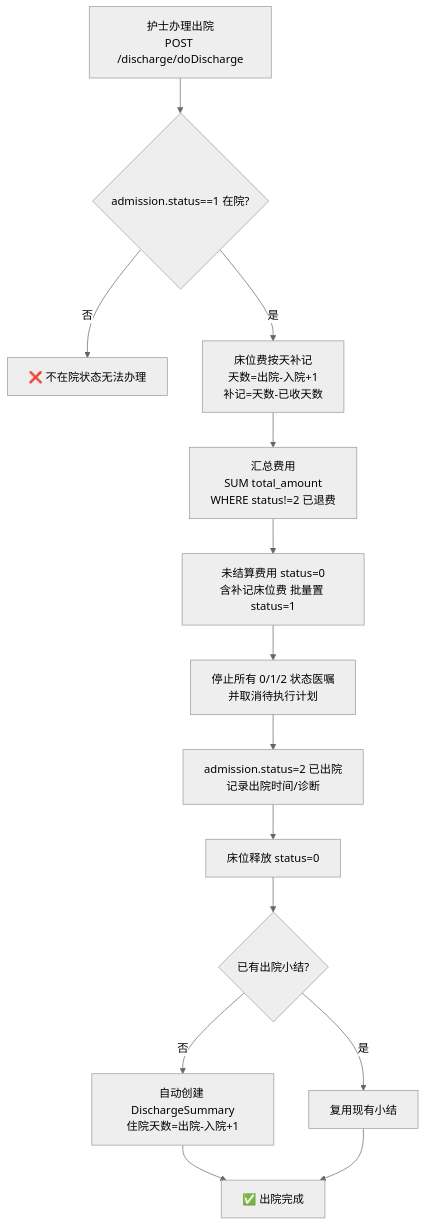
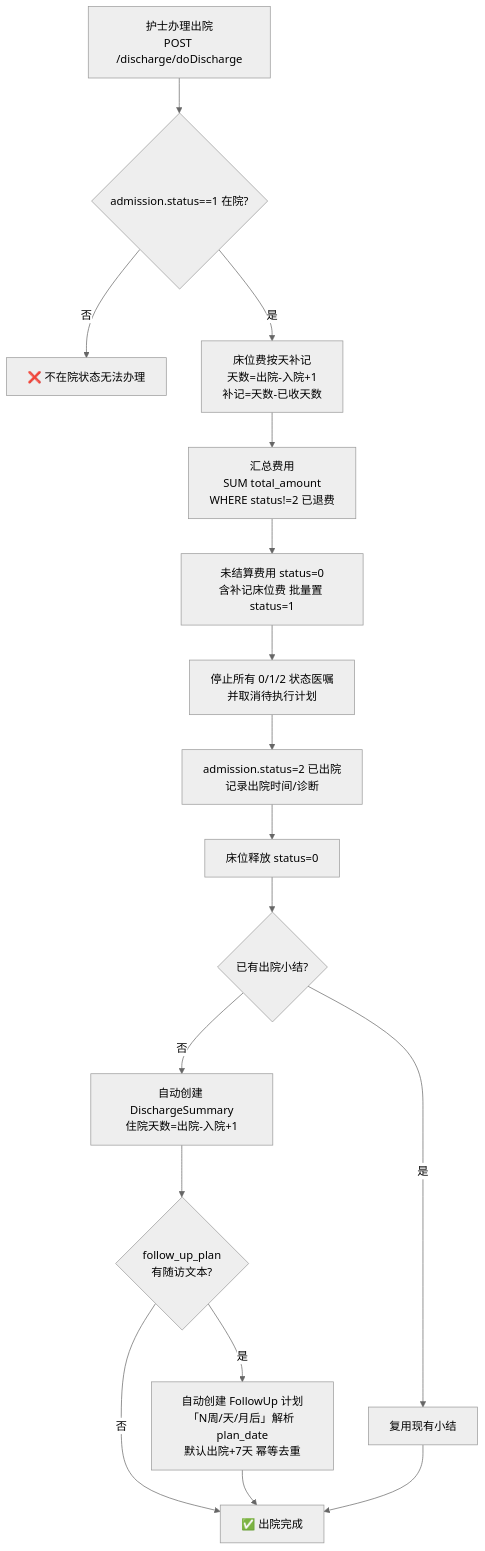
The fourth of 7 diagrams in doc/flowcharts/03-住院手术.md (Palpitate-xus/hoimsystem), drawn with Mermaid (neutral theme) before and after one commit. The commit also changed other lines of this file and 9 other files, not shown here.

````diff
--- a/doc/flowcharts/03-住院手术.md
+++ b/doc/flowcharts/03-住院手术.md
@@ -73,16 +73,19 @@
 ```mermaid
 flowchart TD
     A[护士办理出院<br/>POST /discharge/doDischarge] --> B{admission.status==1 在院?}
     B -- 否 --> C[❌ 不在院状态无法办理]
     B -- 是 --> B2[床位费按天补记<br/>天数=出院-入院+1<br/>补记=天数-已收天数]
     B2 --> D[汇总费用<br/>SUM total_amount<br/>WHERE status!=2 已退费]
     D --> E[未结算费用 status=0<br/>含补记床位费 批量置 status=1]
     E --> F[停止所有 0/1/2 状态医嘱<br/>并取消待执行计划]
     F --> G[admission.status=2 已出院<br/>记录出院时间/诊断]
     G --> H[床位释放 status=0]
     H --> I{已有出院小结?}
     I -- 否 --> J[自动创建 DischargeSummary<br/>住院天数=出院-入院+1]
     I -- 是 --> K[复用现有小结]
-    J --> L[✅ 出院完成]
+    J --> J2{follow_up_plan<br/>有随访文本?}
+    J2 -- 是 --> J3[自动创建 FollowUp 计划<br/>「N周/天/月后」解析 plan_date<br/>默认出院+7天 幂等去重]
+    J2 -- 否 --> L
+    J3 --> L[✅ 出院完成]
     K --> L
 ```
````
